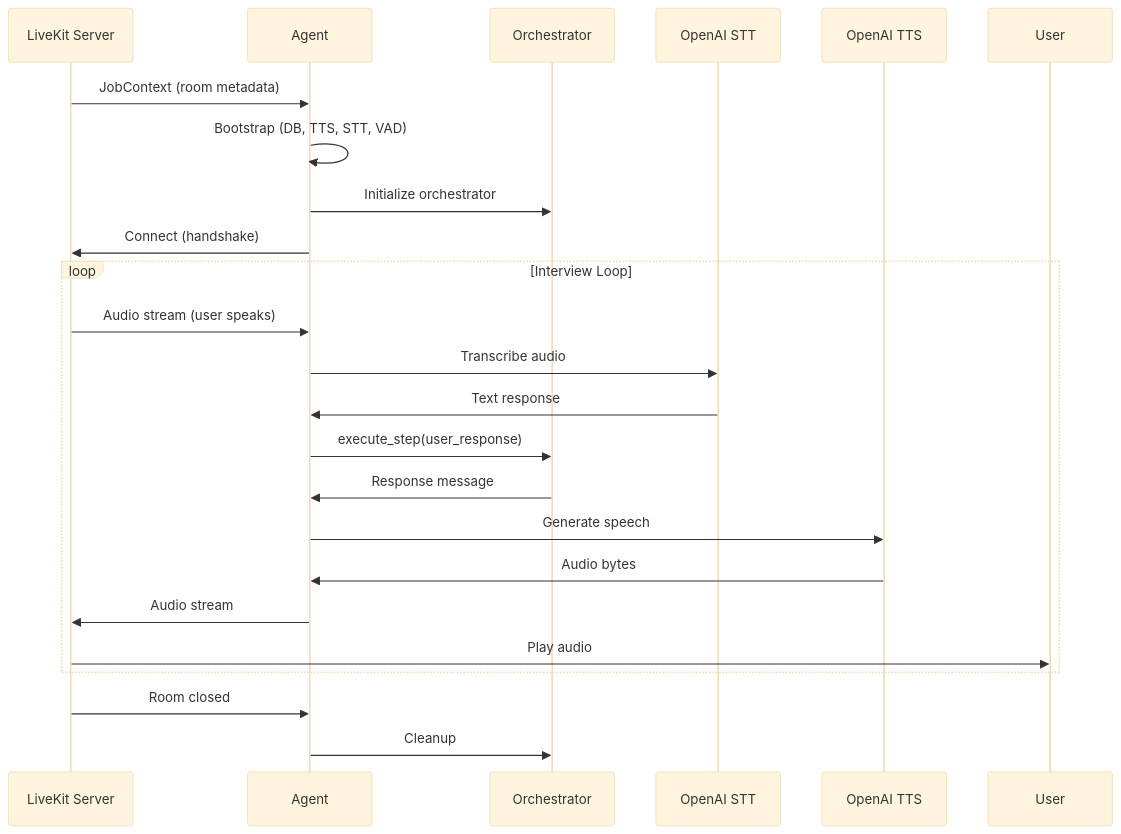
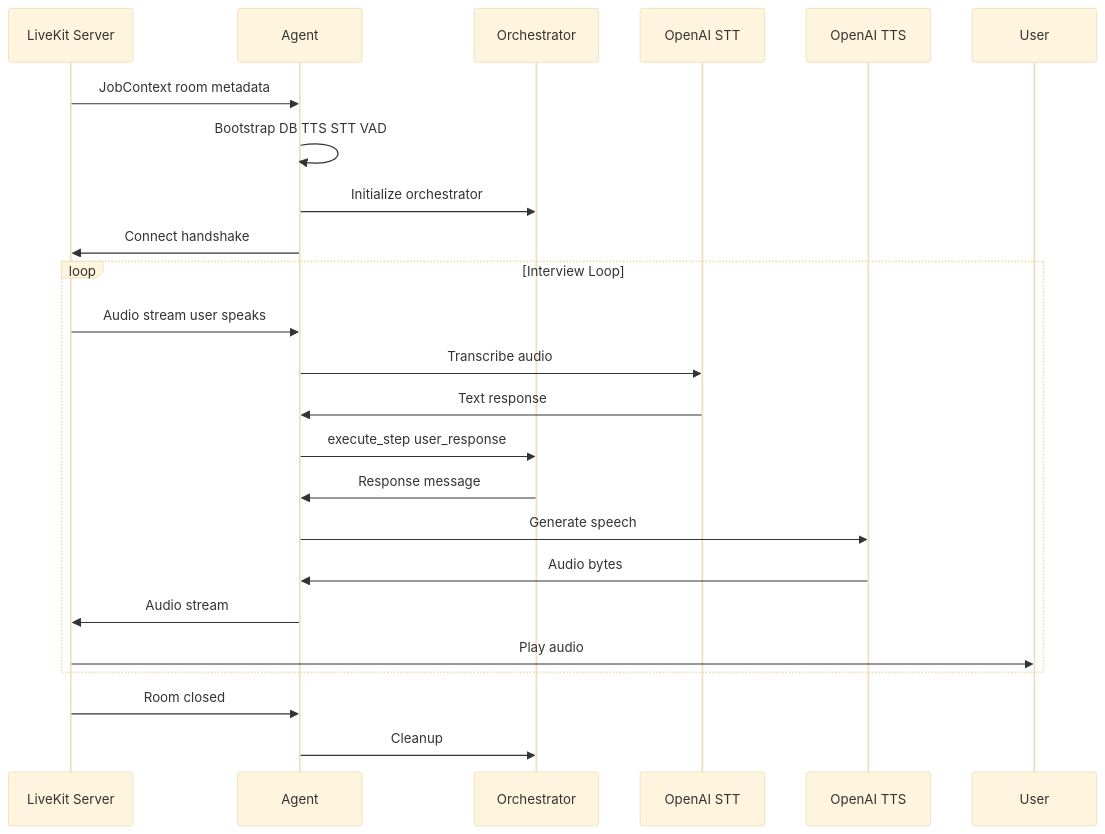
One commit to StephaneWamba/InterviewLab changed the second of 2 diagrams in docs/VOICE_INFRASTRUCTURE.md. Above: the diagram before and after it, drawn with Mermaid (base theme). The commit also changed other lines of this file and 6 other files, not shown here.

Commit message:
Add concise explanations between diagrams in documentation - show deep system knowledge

````diff
--- a/docs/VOICE_INFRASTRUCTURE.md
+++ b/docs/VOICE_INFRASTRUCTURE.md
@@ -30,28 +32,28 @@
 ```mermaid
 sequenceDiagram
     participant LK as LiveKit Server
     participant AG as Agent
     participant O as Orchestrator
     participant STT as OpenAI STT
     participant TTS as OpenAI TTS
 
-    LK->>AG: JobContext (room metadata)
-    AG->>AG: Bootstrap (DB, TTS, STT, VAD)
+    LK->>AG: JobContext room metadata
+    AG->>AG: Bootstrap DB TTS STT VAD
     AG->>O: Initialize orchestrator
-    AG->>LK: Connect (handshake)
+    AG->>LK: Connect handshake
 
     loop Interview Loop
-        LK->>AG: Audio stream (user speaks)
+        LK->>AG: Audio stream user speaks
         AG->>STT: Transcribe audio
         STT->>AG: Text response
-        AG->>O: execute_step(user_response)
+        AG->>O: execute_step user_response
         O->>AG: Response message
         AG->>TTS: Generate speech
         TTS->>AG: Audio bytes
         AG->>LK: Audio stream
         LK->>User: Play audio
     end
 
     LK->>AG: Room closed
     AG->>O: Cleanup
 ```
````
